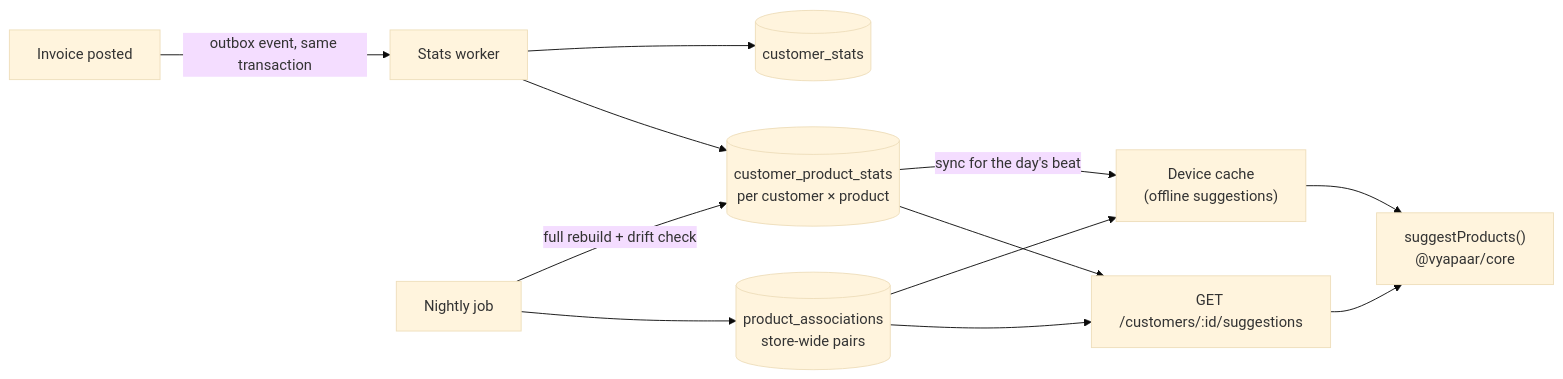
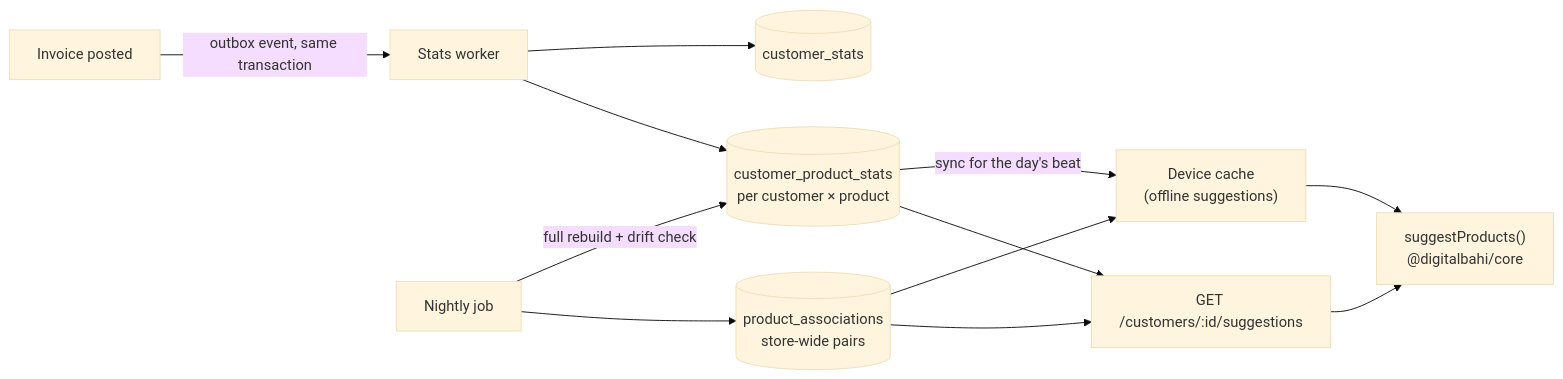
Before and after one commit to shailendrasahug010/BillingSystem: the diagram in docs/07-invoice-intelligence.md, drawn with Mermaid (base theme). The commit also changed 207 other files, not shown here.

First line of the commit message:
Rename the code name from vyapaar to digitalbahi

````diff
--- a/docs/07-invoice-intelligence.md
+++ b/docs/07-invoice-intelligence.md
@@ -14,14 +14,14 @@
 ```mermaid
 flowchart LR
   POST["Invoice posted"] -->|"outbox event, same transaction"| W["Stats worker"]
   W --> CPS[("customer_product_stats<br/>per customer × product")]
   W --> CS[("customer_stats")]
   NIGHT["Nightly job"] --> ASSOC[("product_associations<br/>store-wide pairs")]
   NIGHT -->|"full rebuild + drift check"| CPS
   CPS --> API["GET /customers/:id/suggestions"]
   ASSOC --> API
   CPS -->|"sync for the day's beat"| DEV["Device cache<br/>(offline suggestions)"]
   ASSOC --> DEV
-  API --> ENG["suggestProducts()<br/>@vyapaar/core"]
+  API --> ENG["suggestProducts()<br/>@digitalbahi/core"]
   DEV --> ENG
 ```
````
